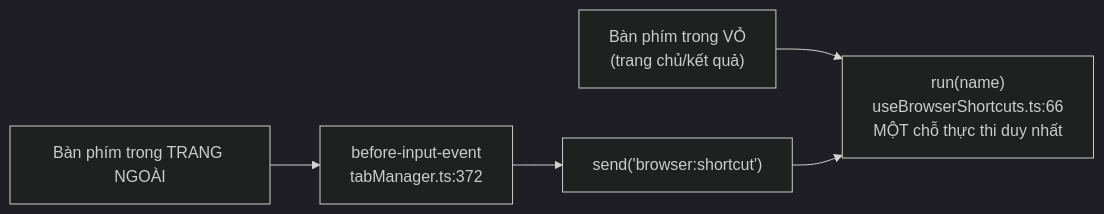
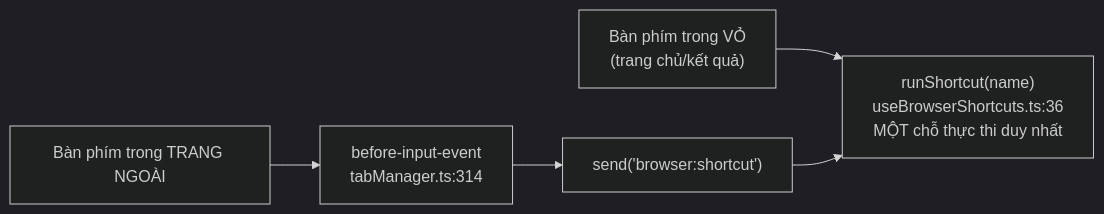
The fourth of 8 diagrams in docs/FRONTEND.md (KietAnhCS/CocCoc-Plus), drawn with Mermaid (dark theme) before and after one commit. The commit also changed other lines of this file and 10 other files, not shown here.

````diff
--- a/docs/FRONTEND.md
+++ b/docs/FRONTEND.md
@@ -324,7 +327,7 @@
 ```mermaid
 flowchart LR
-    K1["Bàn phím trong VỎ<br/>(trang chủ/kết quả)"] --> H["run(name)<br/>useBrowserShortcuts.ts:66<br/>MỘT chỗ thực thi duy nhất"]
-    K2["Bàn phím trong TRANG NGOÀI"] --> BIE["before-input-event<br/>tabManager.ts:372"]
+    K1["Bàn phím trong VỎ<br/>(trang chủ/kết quả)"] --> H["runShortcut(name)<br/>useBrowserShortcuts.ts:36<br/>MỘT chỗ thực thi duy nhất"]
+    K2["Bàn phím trong TRANG NGOÀI"] --> BIE["before-input-event<br/>tabManager.ts:314"]
     BIE --> IPC["send('browser:shortcut')"]
     IPC --> H
 ```
````
